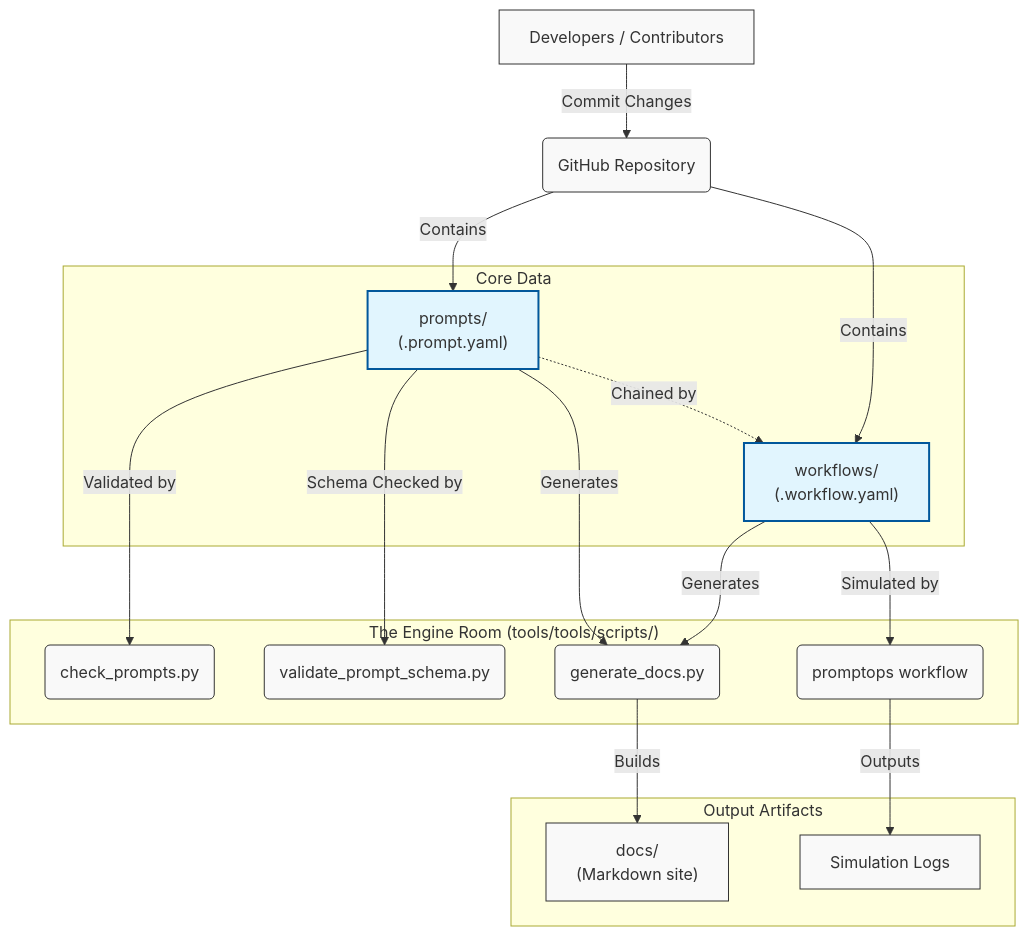
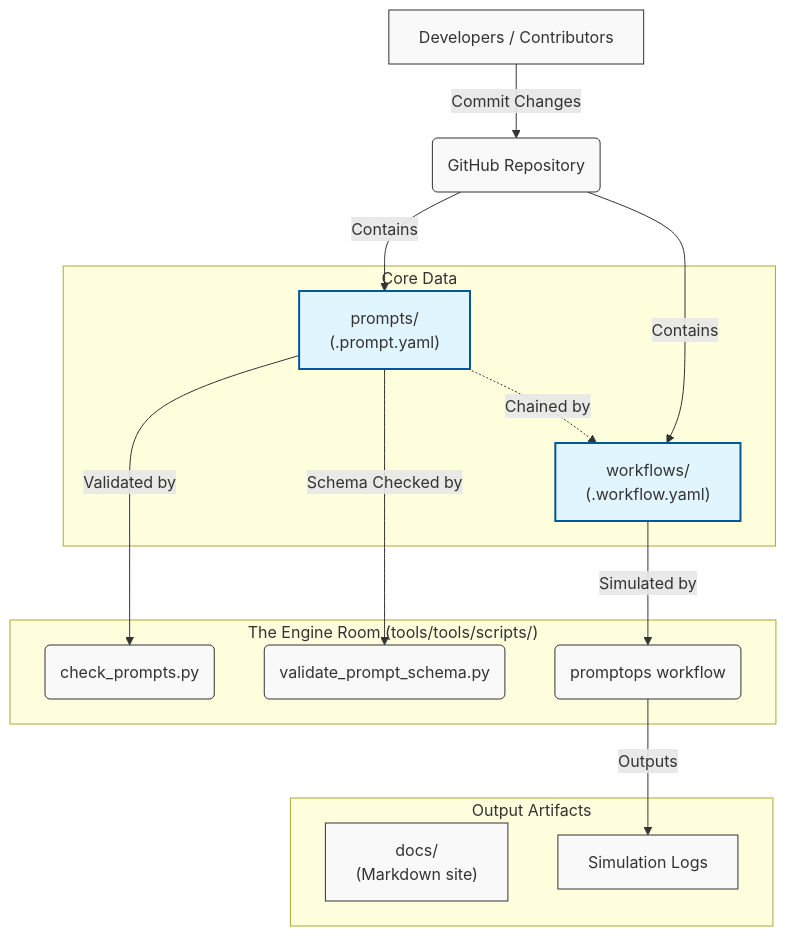
The diagram in docs/system_architecture.md (fderuiter/proompts), drawn with Mermaid before and after one commit. The commit also changed other lines of this file and 26 other files, not shown here.

````diff
--- a/docs/system_architecture.md
+++ b/docs/system_architecture.md
@@ -9,41 +9,35 @@
 ```mermaid
 graph TD
     %% Define Nodes
     A[Developers / Contributors] -->|Commit Changes| B(GitHub Repository)
 
     subgraph "Core Data"
         C1["prompts/<br>(.prompt.yaml)"]
         C2["workflows/<br>(.workflow.yaml)"]
         C1 -.->|Chained by| C2
     end
     B -->|Contains| C1
     B -->|Contains| C2
 
     subgraph "The Engine Room (tools/tools/scripts/)"
         D1(check_prompts.py)
         D2(validate_prompt_schema.py)
         D3(promptops workflow)
-        D4(generate_docs.py)
     end
 
     %% Flow of Validation
     C1 -->|Validated by| D1
     C1 -->|Schema Checked by| D2
     C2 -->|Simulated by| D3
 
-    %% Output
-    C1 -->|Generates| D4
-    C2 -->|Generates| D4
-
     subgraph "Output Artifacts"
         E1["docs/<br>(Markdown site)"]
         E2[Simulation Logs]
     end
 
-    D4 -->|Builds| E1
     D3 -->|Outputs| E2
 
     classDef default fill:#f9f9f9,stroke:#333,stroke-width:1px;
     classDef highlight fill:#e1f5fe,stroke:#01579b,stroke-width:2px;
     class C1,C2 highlight;
 ```
````
